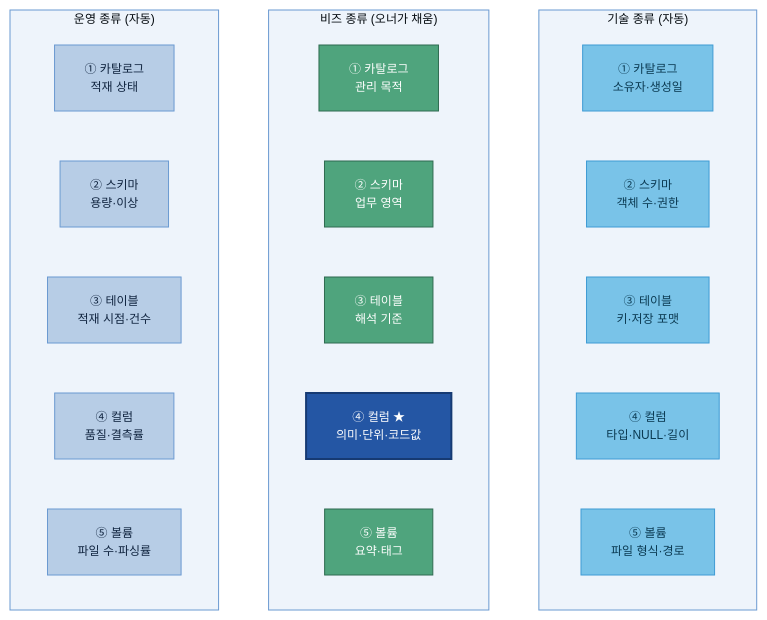
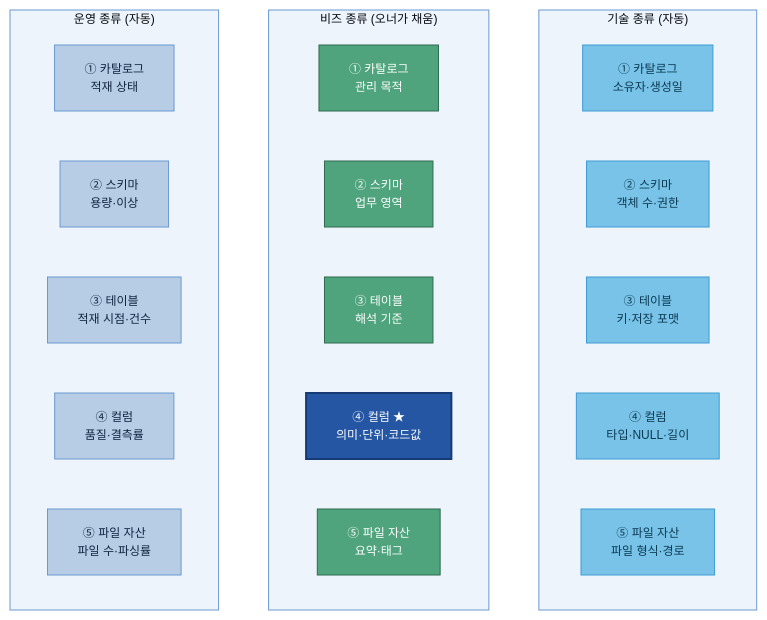
The first of 6 diagrams in 가이드 작성/A-2 메타데이터/A-2 메타데이터.md (jin-kearney/ai-ready-data-manual), drawn with Mermaid before and after one commit. The commit also changed other lines of this file, not shown here.

````diff
--- a/가이드 작성/A-2 메타데이터/A-2 메타데이터.md
+++ b/가이드 작성/A-2 메타데이터/A-2 메타데이터.md
@@ -174,30 +174,30 @@
 ```mermaid
 %%{init: {'theme':'base','themeVariables':{'primaryColor':'#DCE8F5','primaryBorderColor':'#2456A4','primaryTextColor':'#10243f','lineColor':'#2456A4','clusterBkg':'#EEF4FB','clusterBorder':'#6B9AD1','fontSize':'12px'}}}%%
 flowchart TB
     subgraph 기술["기술 종류 (자동)"]
         T1["① 카탈로그<br/>소유자·생성일"]:::src
         T2["② 스키마<br/>객체 수·권한"]:::src
         T3["③ 테이블<br/>키·저장 포맷"]:::src
         T4["④ 컬럼<br/>타입·NULL·길이"]:::src
-        T5["⑤ 볼륨<br/>파일 형식·경로"]:::src
+        T5["⑤ 파일 자산<br/>파일 형식·경로"]:::src
     end
     subgraph 비즈["비즈 종류 (오너가 채움)"]
         B1["① 카탈로그<br/>관리 목적"]:::loop
         B2["② 스키마<br/>업무 영역"]:::loop
         B3["③ 테이블<br/>해석 기준"]:::loop
         B4["④ 컬럼 ★<br/>의미·단위·코드값"]:::cat
-        B5["⑤ 볼륨<br/>요약·태그"]:::loop
+        B5["⑤ 파일 자산<br/>요약·태그"]:::loop
     end
     subgraph 운영["운영 종류 (자동)"]
         O1["① 카탈로그<br/>적재 상태"]:::n
         O2["② 스키마<br/>용량·이상"]:::n
         O3["③ 테이블<br/>적재 시점·건수"]:::n
         O4["④ 컬럼<br/>품질·결측률"]:::n
-        O5["⑤ 볼륨<br/>파일 수·파싱률"]:::n
+        O5["⑤ 파일 자산<br/>파일 수·파싱률"]:::n
     end
     classDef n fill:#B7CDE6,stroke:#6B9AD1,color:#10243f;
     classDef src fill:#79C3E8,stroke:#3F9BD4,color:#0b3a52;
     classDef cat fill:#2456A4,color:#fff,stroke:#163a73,stroke-width:2px;
     classDef gate fill:#3F9BD4,stroke:#2456A4,color:#fff;
     classDef loop fill:#4FA47D,stroke:#2f6b50,color:#fff;
 ```
````
